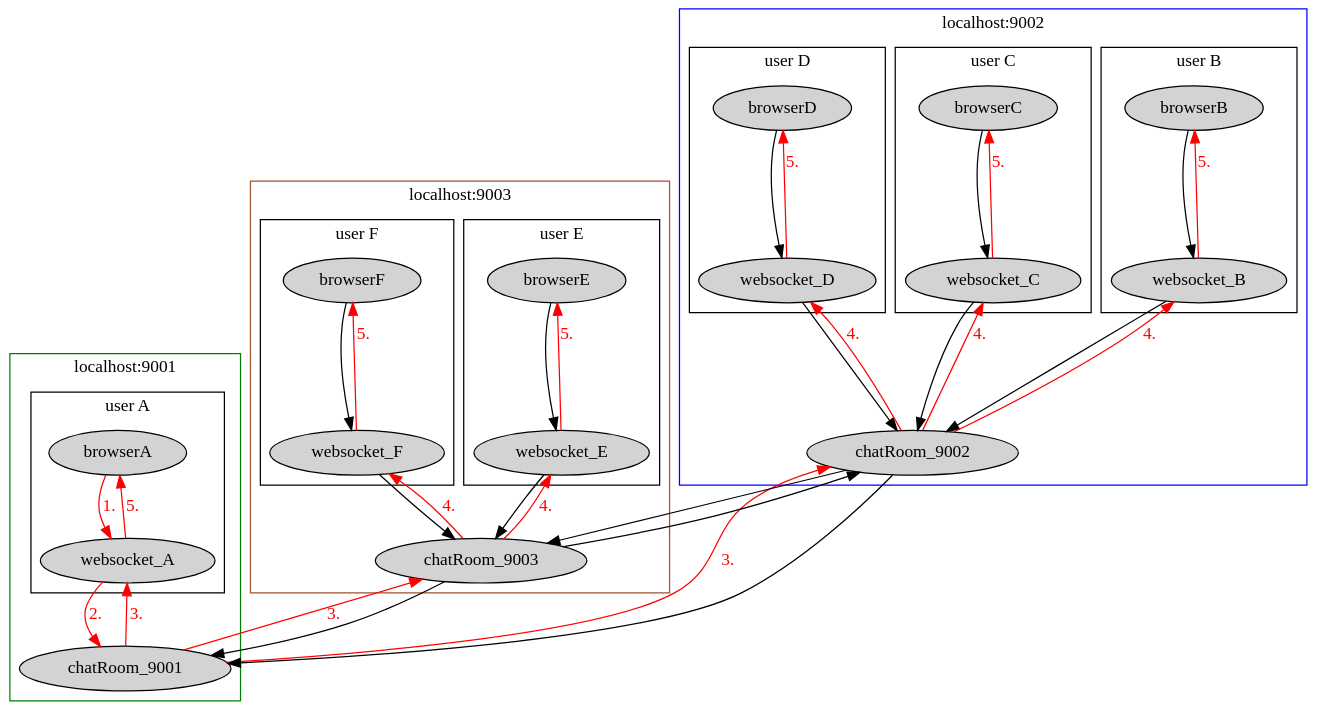
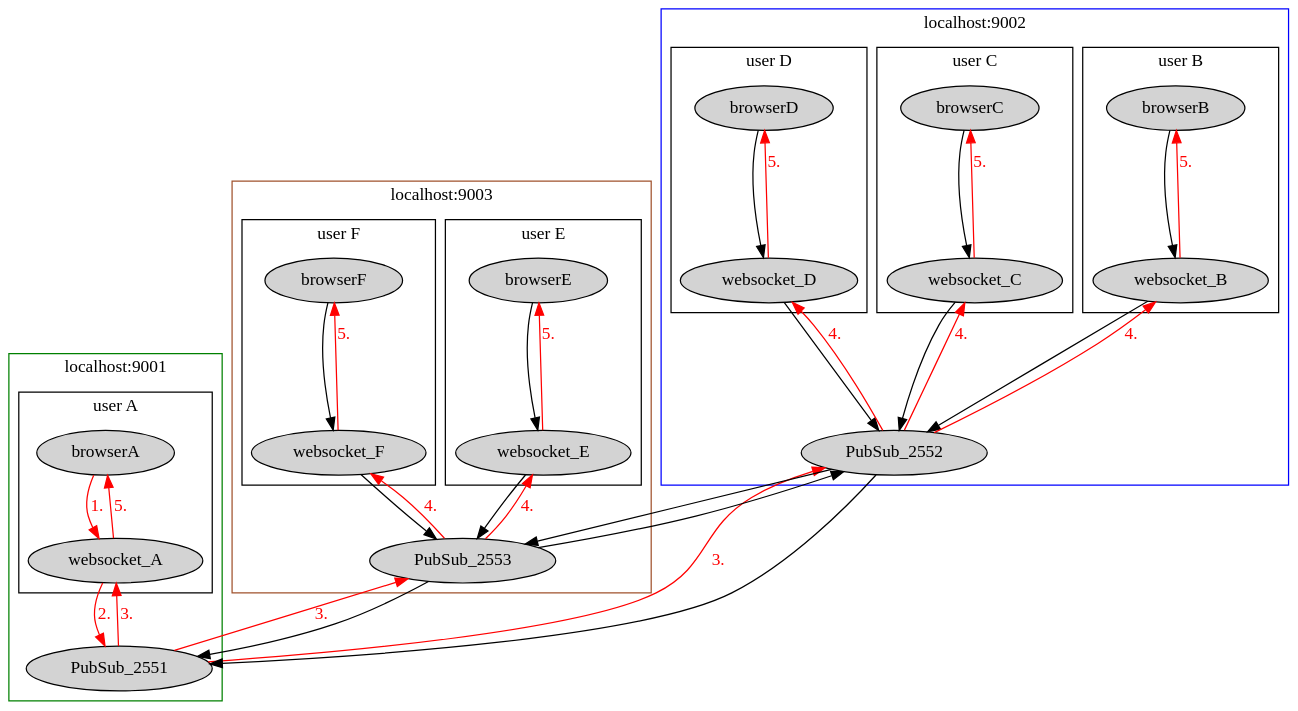
One commit to JAVEO/clustered-chat changed the diagram in tutorial/flow.gv. Above: the diagram before and after it, drawn with Graphviz. The commit also changed 1 other file, not shown here.

Commit message:
Update graphs to PubSubExtension

```diff
--- a/tutorial/flow.gv
+++ b/tutorial/flow.gv
@@ -1,73 +1,73 @@
 digraph G {
 	bgcolor="transparent";
 
 	subgraph cluster_9001 {
 		node [style=filled]
 		subgraph cluster_A {
 			label = "user A"
 			browserA -> websocket_A [color = red, label="1.", fontcolor=red]
 			websocket_A -> browserA [color = red, label="5.", fontcolor=red]
 		}
 		label = "localhost:9001"
 		color=green
 
-		websocket_A -> chatRoom_9001 [color = red, label="2.", fontcolor=red]
-		chatRoom_9001 -> websocket_A [color = red, label="3.", fontcolor=red]
+		websocket_A -> PubSub_2551 [color = red, label="2.", fontcolor=red]
+		PubSub_2551 -> websocket_A [color = red, label="3.", fontcolor=red]
 	}
 
 	subgraph cluster_9002 {
 		node [style=filled]
 		subgraph cluster_B {
 			label = "user B"
 			browserB -> websocket_B
 			websocket_B -> browserB [color = red, label="5.", fontcolor=red]
 		}
 		subgraph cluster_C {
 			label = "user C"
 			browserC -> websocket_C
 			websocket_C -> browserC [color = red, label="5.", fontcolor=red]
 		}
 		subgraph cluster_D {
 			label = "user D"
 			browserD -> websocket_D
 			websocket_D -> browserD [color = red, label="5.", fontcolor=red]
 		}
 		label = "localhost:9002"
 		color=blue
 
-		websocket_B -> chatRoom_9002
-		chatRoom_9002 -> websocket_B [color = red, label="4.", fontcolor=red]
-		websocket_C -> chatRoom_9002
-		chatRoom_9002 -> websocket_C [color = red, label="4.", fontcolor=red]
-		websocket_D -> chatRoom_9002
-		chatRoom_9002 -> websocket_D [color = red, label="4.", fontcolor=red]
+		websocket_B -> PubSub_2552
+		PubSub_2552 -> websocket_B [color = red, label="4.", fontcolor=red]
+		websocket_C -> PubSub_2552
+		PubSub_2552 -> websocket_C [color = red, label="4.", fontcolor=red]
+		websocket_D -> PubSub_2552
+		PubSub_2552 -> websocket_D [color = red, label="4.", fontcolor=red]
 	}
 
 	subgraph cluster_9003 {
 		node [style=filled]
 		subgraph cluster_E {
 			label = "user E"
 			browserE -> websocket_E
 			websocket_E -> browserE [color = red, label="5.", fontcolor=red]
 		}
 		subgraph cluster_F {
 			label = "user F"
 			browserF -> websocket_F
 			websocket_F -> browserF [color = red, label="5.", fontcolor=red]
 		}
 		label = "localhost:9003"
 		color=sienna
 
-		websocket_E -> chatRoom_9003
-		chatRoom_9003 -> websocket_E [color = red, label="4.", fontcolor=red]
-		websocket_F -> chatRoom_9003
-		chatRoom_9003 -> websocket_F [color = red, label="4.", fontcolor=red]
+		websocket_E -> PubSub_2553
+		PubSub_2553 -> websocket_E [color = red, label="4.", fontcolor=red]
+		websocket_F -> PubSub_2553
+		PubSub_2553 -> websocket_F [color = red, label="4.", fontcolor=red]
 	}
 
-	chatRoom_9001 -> chatRoom_9002 [constraint=false, color = red, label="3.", fontcolor=red]
-	chatRoom_9002 -> chatRoom_9001
-	chatRoom_9001 -> chatRoom_9003 [constraint=false, color = red, label="3.", fontcolor=red]
-	chatRoom_9003 -> chatRoom_9001
-	chatRoom_9002 -> chatRoom_9003
-	chatRoom_9003 -> chatRoom_9002 [constraint=false]
+	PubSub_2551 -> PubSub_2552 [constraint=false, color = red, label="3.", fontcolor=red]
+	PubSub_2552 -> PubSub_2551
+	PubSub_2551 -> PubSub_2553 [constraint=false, color = red, label="3.", fontcolor=red]
+	PubSub_2553 -> PubSub_2551
+	PubSub_2552 -> PubSub_2553
+	PubSub_2553 -> PubSub_2552 [constraint=false]
 }
```
